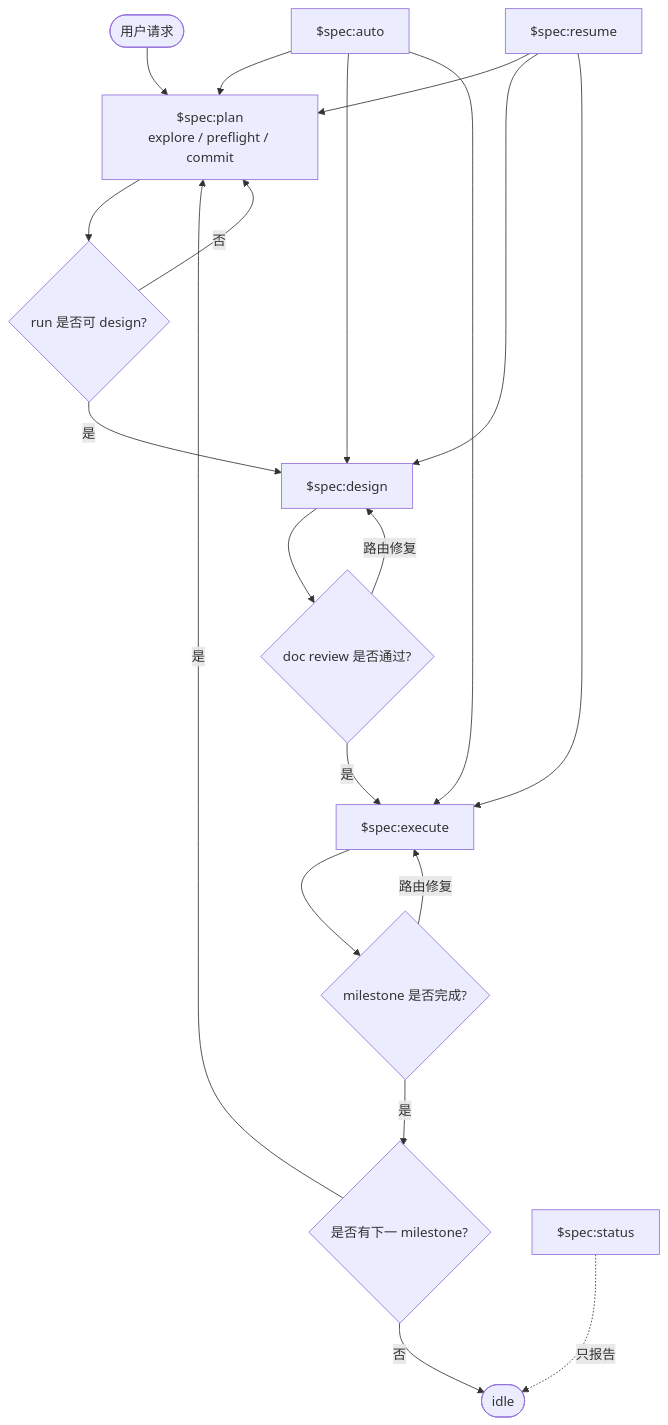
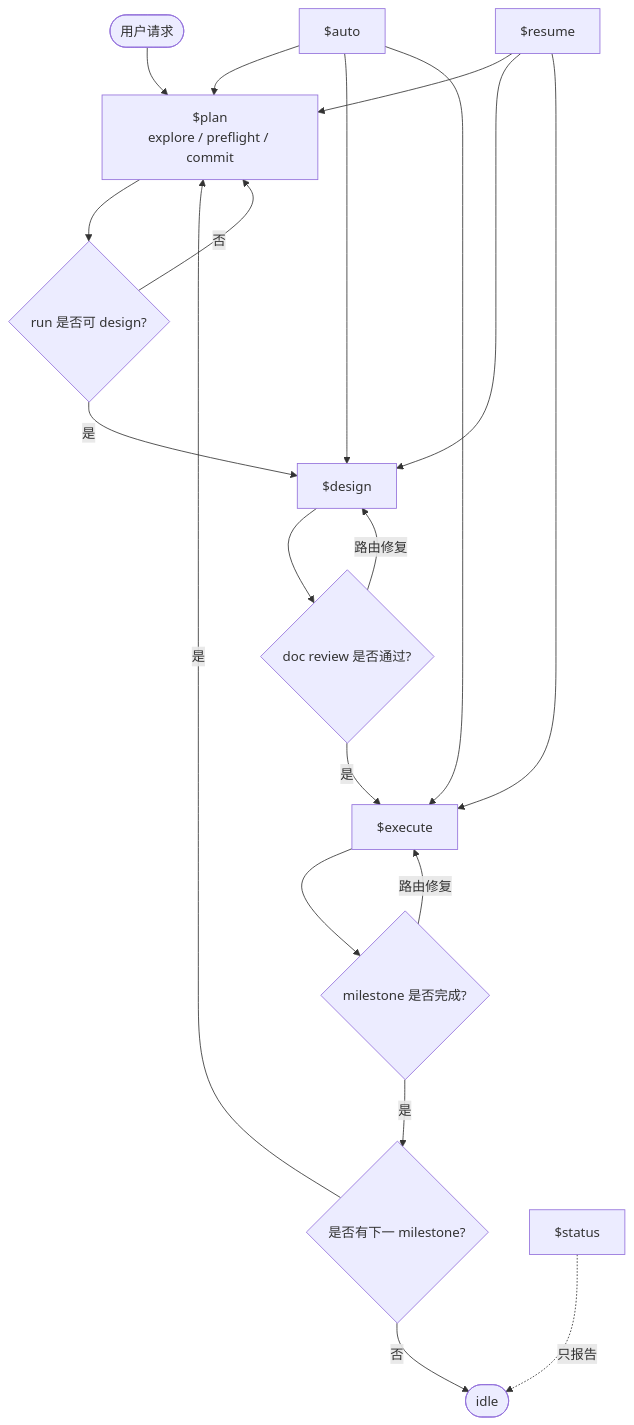
The diagram in common/zh/.codex/prompts/main-thread.md (0xTimi2233/codex-spec), drawn with Mermaid before and after one commit. The commit also changed other lines of this file and 26 other files, not shown here.

````diff
--- a/common/zh/.codex/prompts/main-thread.md
+++ b/common/zh/.codex/prompts/main-thread.md
@@ -22,22 +22,22 @@
 ```mermaid
 flowchart TD
-  Start([用户请求]) --> Plan["$spec:plan<br/>explore / preflight / commit"]
+  Start([用户请求]) --> Plan["$plan<br/>explore / preflight / commit"]
   Plan --> ReadyDesign{run 是否可 design?}
-  ReadyDesign -- 是 --> Design["$spec:design"]
+  ReadyDesign -- 是 --> Design["$design"]
   ReadyDesign -- 否 --> Plan
   Design --> ReadyExecute{doc review 是否通过?}
-  ReadyExecute -- 是 --> Execute["$spec:execute"]
+  ReadyExecute -- 是 --> Execute["$execute"]
   ReadyExecute -- 路由修复 --> Design
   Execute --> Finished{milestone 是否完成?}
   Finished -- 是 --> Next{是否有下一 milestone?}
   Finished -- 路由修复 --> Execute
   Next -- 是 --> Plan
   Next -- 否 --> Idle([idle])
-  Auto["$spec:auto"] --> Plan
+  Auto["$auto"] --> Plan
   Auto --> Design
   Auto --> Execute
-  Resume["$spec:resume"] --> Plan
+  Resume["$resume"] --> Plan
   Resume --> Design
   Resume --> Execute
-  Status["$spec:status"] -. 只报告 .-> Idle
+  Status["$status"] -. 只报告 .-> Idle
 ```
````
